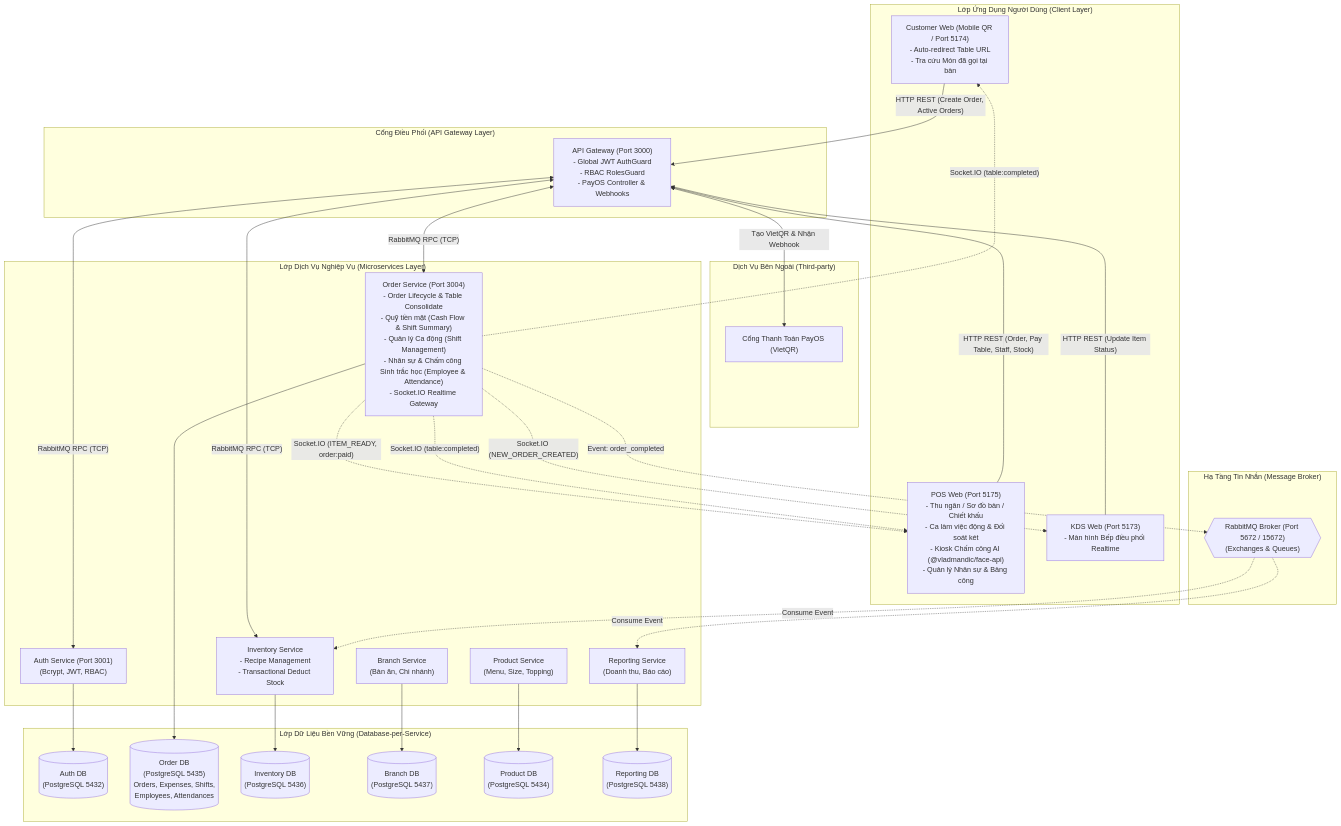
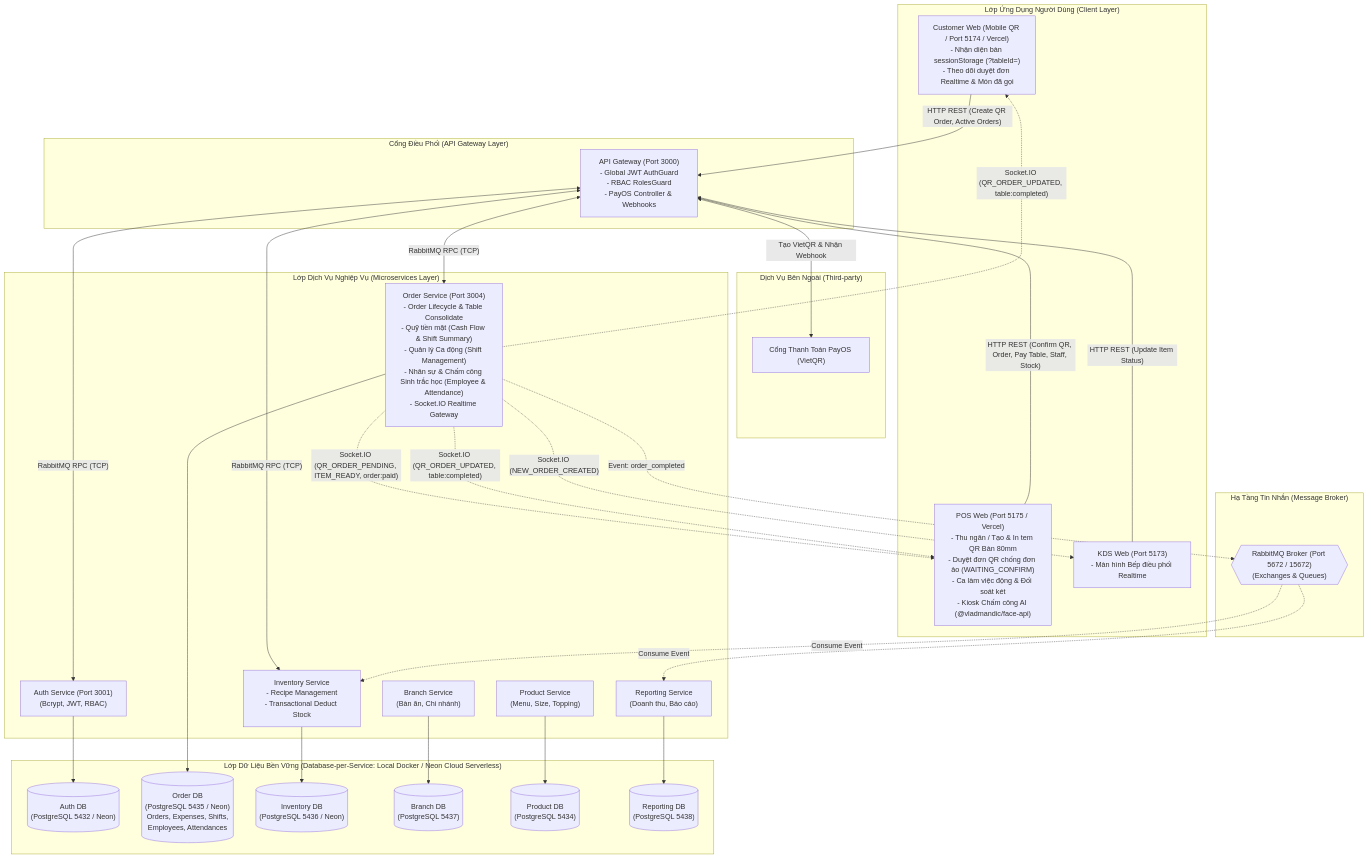
One commit to pnwang1704/KLTN_N70 changed the first of 9 diagrams in docs/ARCHITECTURE.md. Above: the diagram before and after it, drawn with Mermaid. The commit also changed other lines of this file and 6 other files, not shown here.

Commit message:
docs: update README and technical docs for QR ordering, anti-fake approval flow and Neon Cloud DB

````diff
--- a/docs/ARCHITECTURE.md
+++ b/docs/ARCHITECTURE.md
@@ -9,76 +9,76 @@
 ```mermaid
 graph TB
     %% Client Layer
     subgraph Clients ["Lớp Ứng Dụng Người Dùng (Client Layer)"]
-        CW["Customer Web (Mobile QR / Port 5174)<br/>- Auto-redirect Table URL<br/>- Tra cứu Món đã gọi tại bàn"]
-        POS["POS Web (Port 5175)<br/>- Thu ngân / Sơ đồ bàn / Chiết khấu<br/>- Ca làm việc động & Đối soát két<br/>- Kiosk Chấm công AI (@vladmandic/face-api)<br/>- Quản lý Nhân sự & Bảng công"]
+        CW["Customer Web (Mobile QR / Port 5174 / Vercel)<br/>- Nhận diện bàn sessionStorage (?tableId=)<br/>- Theo dõi duyệt đơn Realtime & Món đã gọi"]
+        POS["POS Web (Port 5175 / Vercel)<br/>- Thu ngân / Tạo & In tem QR Bàn 80mm<br/>- Duyệt đơn QR chống đơn ảo (WAITING_CONFIRM)<br/>- Ca làm việc động & Đối soát két<br/>- Kiosk Chấm công AI (@vladmandic/face-api)"]
         KDS["KDS Web (Port 5173)<br/>- Màn hình Bếp điều phối Realtime"]
     end
 
     %% External Services
     subgraph External ["Dịch Vụ Bên Ngoài (Third-party)"]
         PayOS["Cổng Thanh Toán PayOS (VietQR)"]
     end
 
     %% API Gateway Layer
     subgraph Gateway ["Cổng Điều Phối (API Gateway Layer)"]
         GW["API Gateway (Port 3000)<br/>- Global JWT AuthGuard<br/>- RBAC RolesGuard<br/>- PayOS Controller & Webhooks"]
     end
 
     %% Message Broker
     subgraph Broker ["Hạ Tầng Tin Nhắn (Message Broker)"]
         RMQ{{"RabbitMQ Broker (Port 5672 / 15672)<br/>(Exchanges & Queues)"}}
     end
 
     %% Microservices Layer
     subgraph Services ["Lớp Dịch Vụ Nghiệp Vụ (Microservices Layer)"]
         AS["Auth Service (Port 3001)<br/>(Bcrypt, JWT, RBAC)"]
         OS["Order Service (Port 3004)<br/>- Order Lifecycle & Table Consolidate<br/>- Quỹ tiền mặt (Cash Flow & Shift Summary)<br/>- Quản lý Ca động (Shift Management)<br/>- Nhân sự & Chấm công Sinh trắc học (Employee & Attendance)<br/>- Socket.IO Realtime Gateway"]
         IS["Inventory Service<br/>- Recipe Management<br/>- Transactional Deduct Stock"]
         BS["Branch Service<br/>(Bàn ăn, Chi nhánh)"]
         PS["Product Service<br/>(Menu, Size, Topping)"]
         RS["Reporting Service<br/>(Doanh thu, Báo cáo)"]
     end
 
     %% Database Layer
-    subgraph Databases ["Lớp Dữ Liệu Bền Vững (Database-per-Service)"]
-        DB1[("Auth DB<br/>(PostgreSQL 5432)")]
-        DB2[("Order DB<br/>(PostgreSQL 5435)<br/>Orders, Expenses, Shifts,<br/>Employees, Attendances")]
-        DB3[("Inventory DB<br/>(PostgreSQL 5436)")]
+    subgraph Databases ["Lớp Dữ Liệu Bền Vững (Database-per-Service: Local Docker / Neon Cloud Serverless)"]
+        DB1[("Auth DB<br/>(PostgreSQL 5432 / Neon)")]
+        DB2[("Order DB<br/>(PostgreSQL 5435 / Neon)<br/>Orders, Expenses, Shifts,<br/>Employees, Attendances")]
+        DB3[("Inventory DB<br/>(PostgreSQL 5436 / Neon)")]
         DB4[("Branch DB<br/>(PostgreSQL 5437)")]
         DB5[("Product DB<br/>(PostgreSQL 5434)")]
         DB6[("Reporting DB<br/>(PostgreSQL 5438)")]
     end
 
     %% Client Interactions
-    CW -->|"HTTP REST (Create Order, Active Orders)"| GW
-    POS -->|"HTTP REST (Order, Pay Table, Staff, Stock)"| GW
+    CW -->|"HTTP REST (Create QR Order, Active Orders)"| GW
+    POS -->|"HTTP REST (Confirm QR, Order, Pay Table, Staff, Stock)"| GW
     KDS -->|"HTTP REST (Update Item Status)"| GW
 
     %% Realtime WebSocket
     OS -.->|"Socket.IO (NEW_ORDER_CREATED)"| KDS
-    OS -.->|"Socket.IO (ITEM_READY, order:paid)"| POS
-    OS -.->|"Socket.IO (table:completed)"| CW
-    OS -.->|"Socket.IO (table:completed)"| POS
+    OS -.->|"Socket.IO (QR_ORDER_PENDING, ITEM_READY, order:paid)"| POS
+    OS -.->|"Socket.IO (QR_ORDER_UPDATED, table:completed)"| CW
+    OS -.->|"Socket.IO (QR_ORDER_UPDATED, table:completed)"| POS
 
     %% External PayOS Integration
     GW <-->|"Tạo VietQR & Nhận Webhook"| PayOS
 
     %% Gateway to Microservices (RPC via RabbitMQ)
     GW <-->|"RabbitMQ RPC (TCP)"| AS
     GW <-->|"RabbitMQ RPC (TCP)"| OS
     GW <-->|"RabbitMQ RPC (TCP)"| IS
 
     %% Event Pub/Sub
     OS -.->|"Event: order_completed"| RMQ
     RMQ -.->|"Consume Event"| IS
     RMQ -.->|"Consume Event"| RS
 
     %% Database Connections
     AS --> DB1
     OS --> DB2
     IS --> DB3
     BS --> DB4
     PS --> DB5
     RS --> DB6
 ```
````
